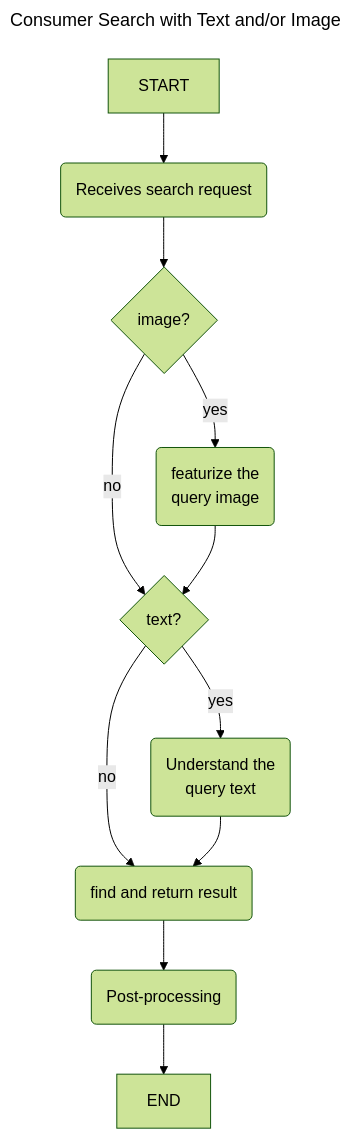
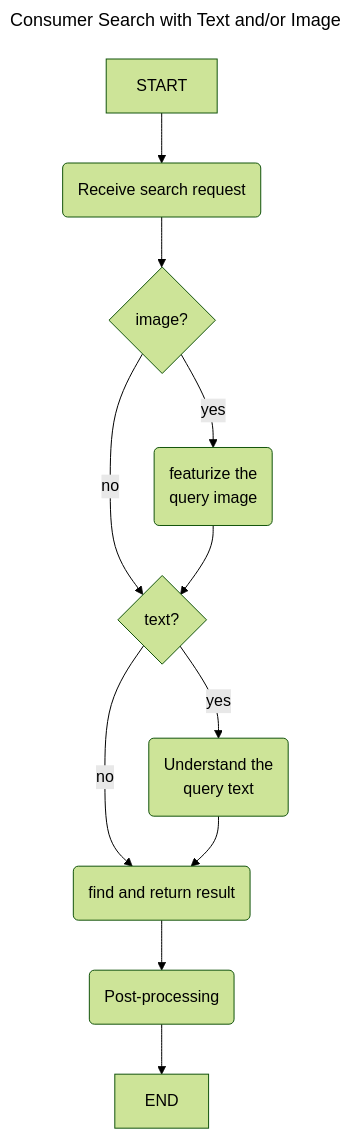
Before and after one commit to zchangvs/diagram: the diagram in 1_1_Multi-Search_text_and_image.md, drawn with Mermaid (forest theme).

````diff
--- a/1_1_Multi-Search_text_and_image.md
+++ b/1_1_Multi-Search_text_and_image.md
@@ -1,25 +1,21 @@
 ```mermaid
 ---
 title: Consumer Search with Text and/or Image
 ---
 flowchart TD
-%%    ST[start] --> A[query text<br>and/or image]
-%%    A --> B{client side<br>widget}
-%%    B -->|yes| S(update<br>event tracking)
-%%    B --> |no| C[product search<br>server receives request]
-    ST[START]--> RSR(Receives search request)
+    ST[START]--> RSR(Receive search request)
     RSR --> IQ{image?}
     IQ--> |yes| FI(featurize the<br>query image)
     IQ --> |no| TQ{text?}
     FI --> TQ 
     TQ --> |yes| D1(Understand the<br>query text)
     TQ --> |no| E1(find and return result)
     D1 --> E1
 %%    D1 --> E1(search for<br>candidates)
 %%    E1 --> E2(Rerank & filter logic)
     E1 --> F(Post-processing)
 %%    F --> G(update statistics)
     F --> END[END] 
 
 
 ```
````
